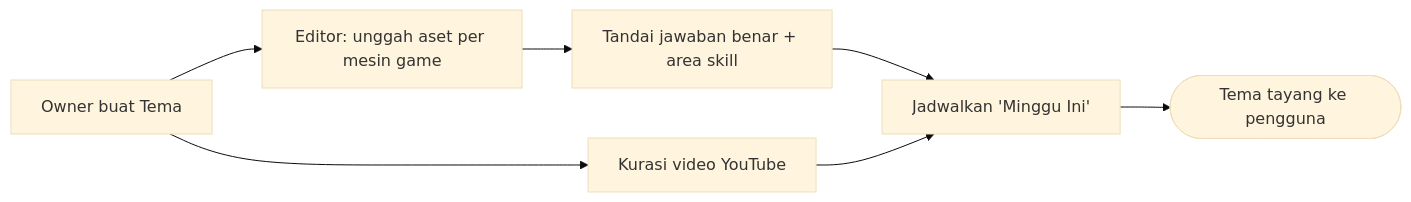
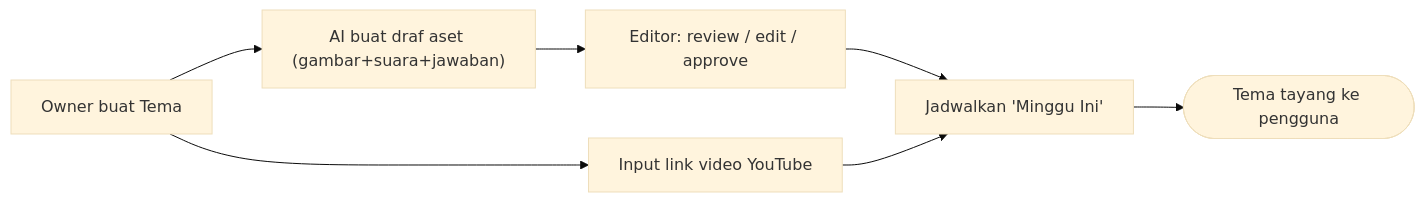
One commit to khabibrizal/kidzplayful changed the fourth of 5 diagrams in docs/specs/2026-06-10-kidzplayful-design.md. Above: the diagram before and after it, drawn with Mermaid (base theme). The commit also changed other lines of this file and 5 other files, not shown here.

First line of the commit message:
feat(spec): rename Pustaka->Game Edukasi; produksi konten hybrid (mesin hard-code, konten AI-draf + owner approve)

````diff
--- a/docs/specs/2026-06-10-kidzplayful-design.md
+++ b/docs/specs/2026-06-10-kidzplayful-design.md
@@ -516,9 +529,9 @@
 ```mermaid
 flowchart LR
-  A2["Owner buat Tema"] --> B2["Editor: unggah aset per mesin game"]
-  B2 --> C2["Tandai jawaban benar + area skill"]
-  A2 --> D2["Kurasi video YouTube"]
-  C2 --> E2["Jadwalkan 'Minggu Ini'"]
+  A2["Owner buat Tema"] --> AI["AI buat draf aset (gambar+suara+jawaban)"]
+  AI --> B2["Editor: review / edit / approve"]
+  A2 --> D2["Input link video YouTube"]
+  B2 --> E2["Jadwalkan 'Minggu Ini'"]
   D2 --> E2
   E2 --> F2(["Tema tayang ke pengguna"])
 ```
````
